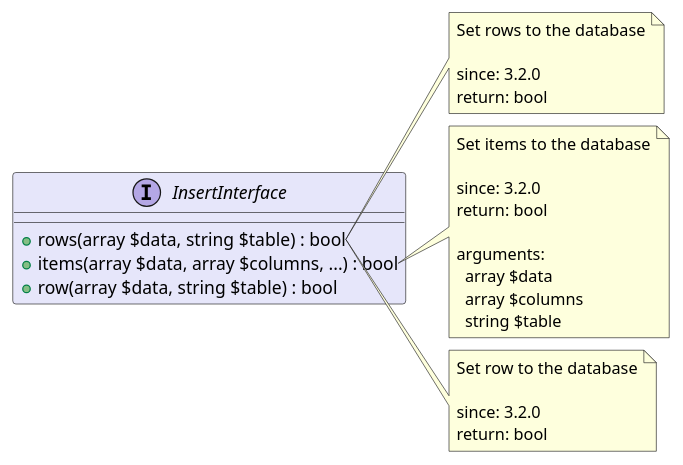
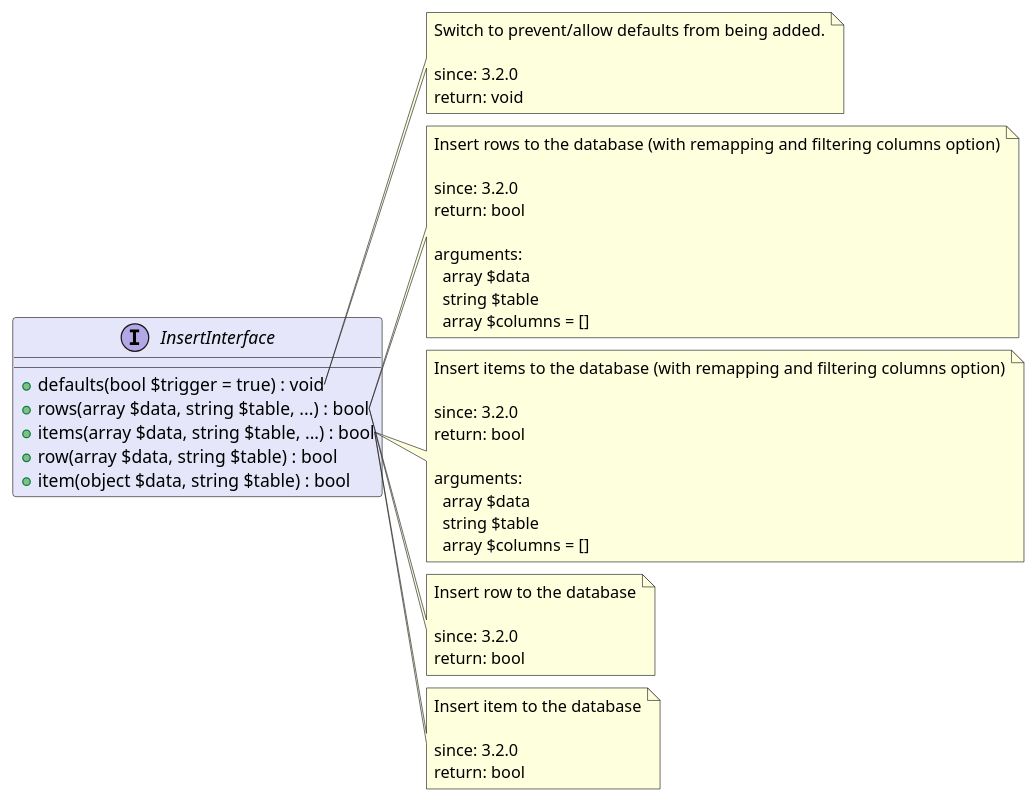
Before and after one commit to joomengine/jcb-compiler: the diagram in src/ad12ca1c-d3ce-4e7f-88c5-c6c92bdedc48/README.md, drawn with PlantUML. The commit also changed 176 other files, not shown here.

````diff
--- a/src/ad12ca1c-d3ce-4e7f-88c5-c6c92bdedc48/README.md
+++ b/src/ad12ca1c-d3ce-4e7f-88c5-c6c92bdedc48/README.md
@@ -11,36 +11,57 @@
 ```uml
 @startuml
 interface InsertInterface  #Lavender {
-  + rows(array $data, string $table) : bool
-  + items(array $data, array $columns, ...) : bool
+  + defaults(bool $trigger = true) : void
+  + rows(array $data, string $table, ...) : bool
+  + items(array $data, string $table, ...) : bool
   + row(array $data, string $table) : bool
+  + item(object $data, string $table) : bool
 }
 
-note right of InsertInterface::rows
-  Set rows to the database
+note right of InsertInterface::defaults
+  Switch to prevent/allow defaults from being added.
 
   since: 3.2.0
-  return: bool
+  return: void
 end note
 
-note right of InsertInterface::items
-  Set items to the database
+note right of InsertInterface::rows
+  Insert rows to the database (with remapping and filtering columns option)
 
   since: 3.2.0
   return: bool
   
   arguments:
     array $data
-    array $columns
     string $table
+    array $columns = []
+end note
+
+note right of InsertInterface::items
+  Insert items to the database (with remapping and filtering columns option)
+
+  since: 3.2.0
+  return: bool
+  
+  arguments:
+    array $data
+    string $table
+    array $columns = []
 end note
 
 note right of InsertInterface::row
-  Set row to the database
+  Insert row to the database
+
+  since: 3.2.0
+  return: bool
+end note
+
+note right of InsertInterface::item
+  Insert item to the database
 
   since: 3.2.0
   return: bool
 end note
  
 @enduml
 ```
````
